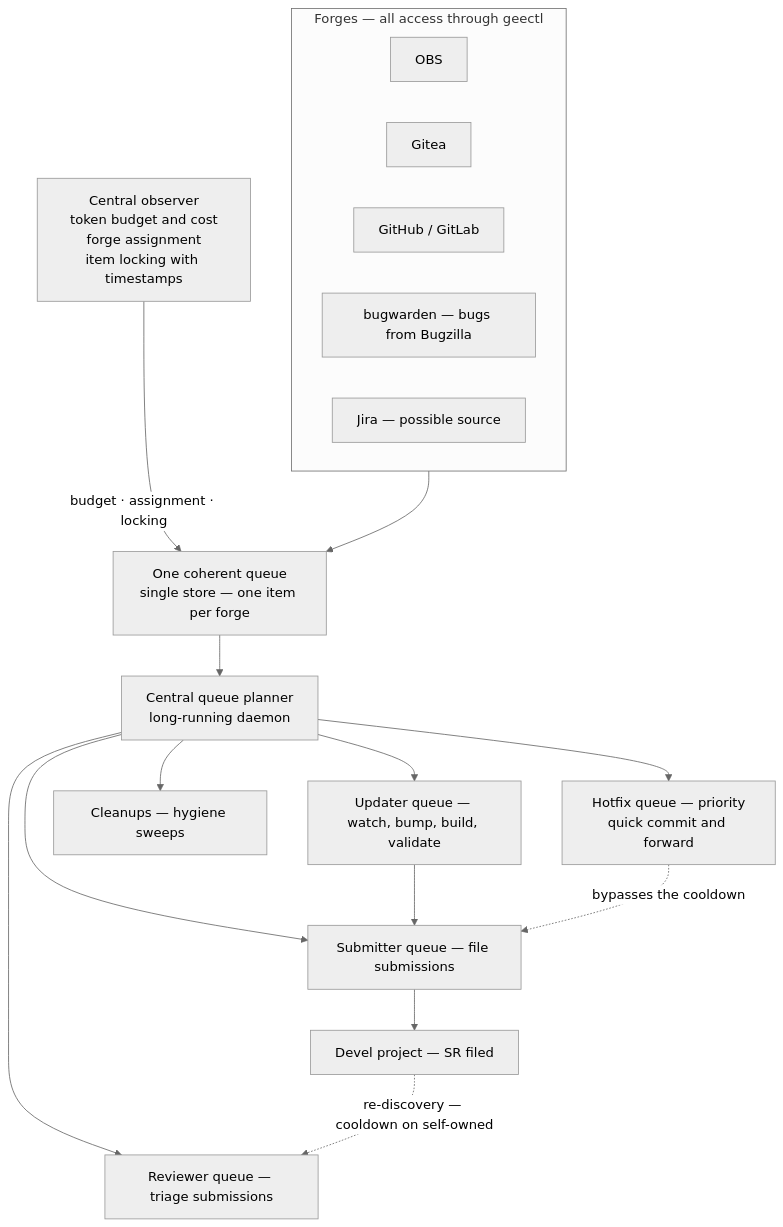
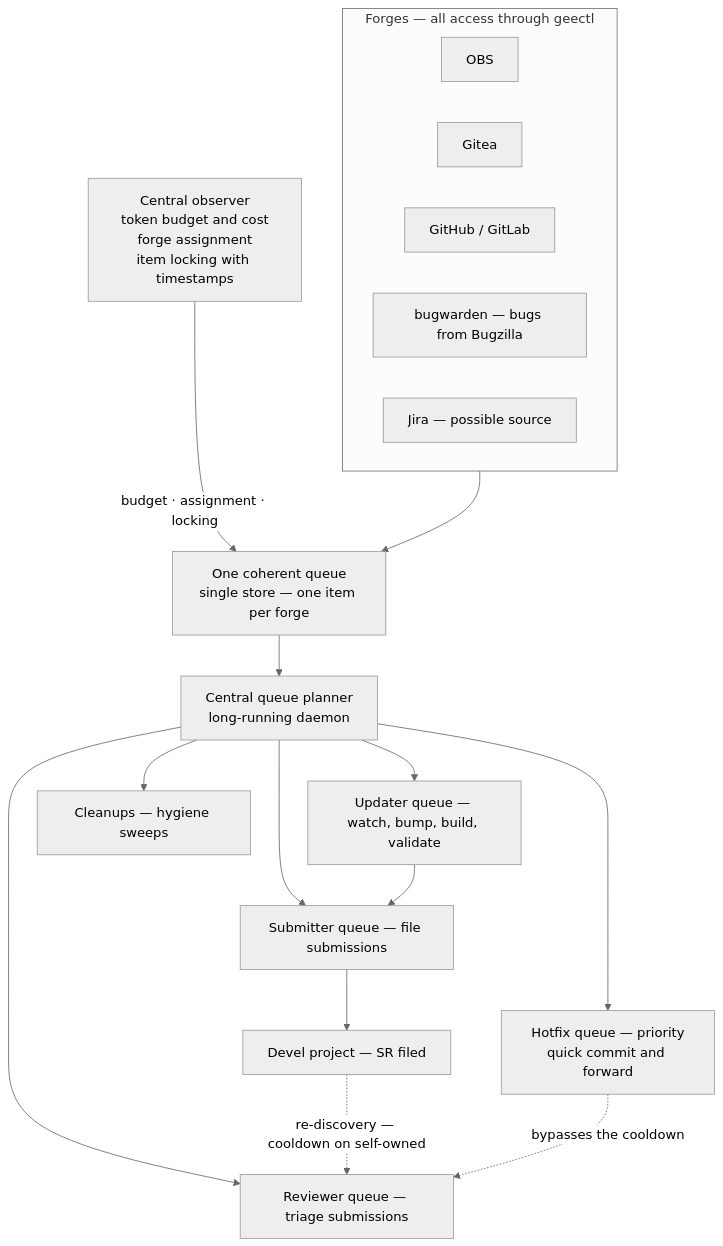
Before and after one commit to scarabeusiv/freshcrab: the diagram in docs/architecture.md, drawn with Mermaid (neutral theme). The commit also changed other lines of this file and 1 other file, not shown here.

First line of the commit message:
docs: fix the reviewer queue acting paths per plusky review

````diff
--- a/docs/architecture.md
+++ b/docs/architecture.md
@@ -12,33 +15,33 @@
 ```mermaid
 flowchart TD
     subgraph Forges["Forges — all access through geectl"]
         OBS[OBS]
         Gitea[Gitea]
         GHGL[GitHub / GitLab]
         BW[bugwarden — bugs from Bugzilla]
         Jira[Jira — possible source]
     end
 
     Queue["One coherent queue<br/>single store — one item per forge"]
     Observer["Central observer<br/>token budget and cost<br/>forge assignment<br/>item locking with timestamps"]
     Planner["Central queue planner<br/>long-running daemon"]
     Updater[Updater queue — watch, bump, build, validate]
     Reviewer[Reviewer queue — triage submissions]
     Submitter[Submitter queue — file submissions]
     Hotfix["Hotfix queue — priority<br/>quick commit and forward"]
     Cleanups[Cleanups — hygiene sweeps]
     Devel[Devel project — SR filed]
 
     Forges --> Queue
     Observer -- "budget · assignment · locking" --> Queue
     Queue --> Planner
     Planner --> Updater
     Planner --> Reviewer
     Planner --> Submitter
     Planner --> Hotfix
     Planner --> Cleanups
     Updater --> Submitter
     Submitter --> Devel
     Devel -. "re-discovery — cooldown on self-owned" .-> Reviewer
-    Hotfix -. "bypasses the cooldown" .-> Submitter
+    Hotfix -. "bypasses the cooldown" .-> Reviewer
 ```
````
